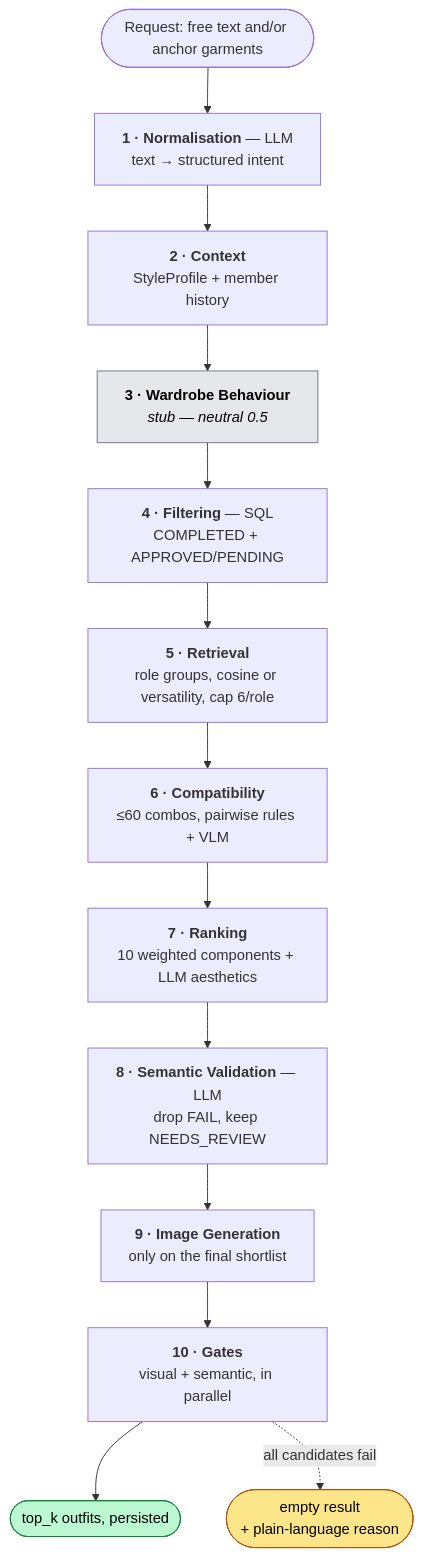
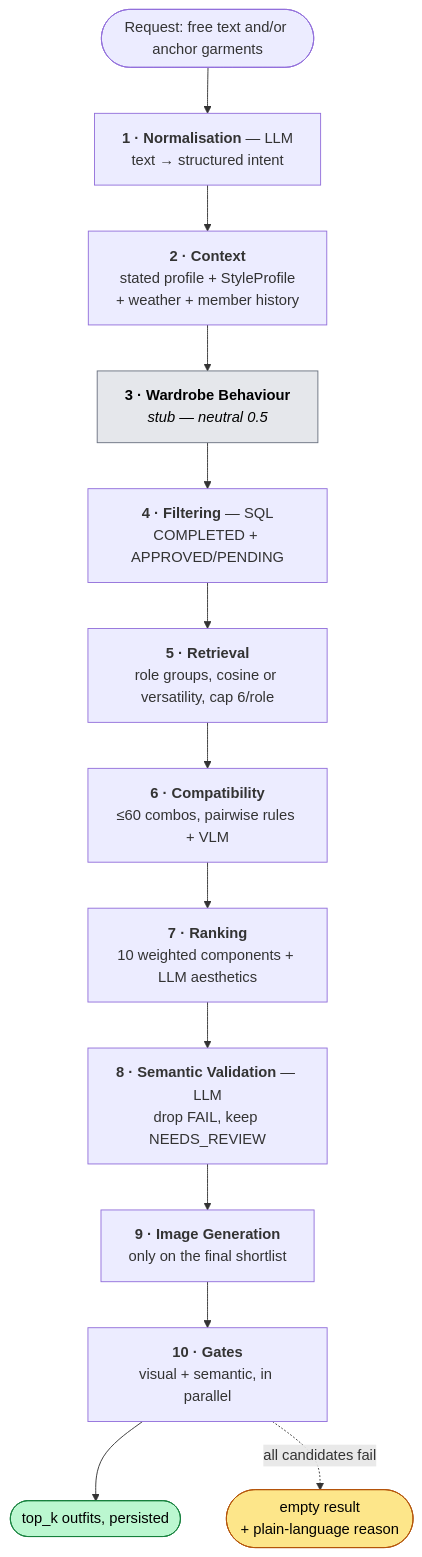
The fifth of 8 diagrams in docs/PIPELINES.md (ClosetTheory/Closet-theory-pipeline), drawn with Mermaid before and after one commit. The commit also changed other lines of this file and 20 other files, not shown here.

````diff
--- a/docs/PIPELINES.md
+++ b/docs/PIPELINES.md
@@ -419,23 +419,23 @@
 ```mermaid
 flowchart TD
     REQ([Request: free text and/or anchor garments]) --> S1
 
     S1["<b>1 · Normalisation</b> — LLM<br/>text → structured intent"]
-    S2["<b>2 · Context</b><br/>StyleProfile + member history"]
+    S2["<b>2 · Context</b><br/>stated profile + StyleProfile<br/>+ weather + member history"]
     S3["<b>3 · Wardrobe Behaviour</b><br/><i>stub — neutral 0.5</i>"]
     S4["<b>4 · Filtering</b> — SQL<br/>COMPLETED + APPROVED/PENDING"]
     S5["<b>5 · Retrieval</b><br/>role groups, cosine or versatility, cap 6/role"]
     S6["<b>6 · Compatibility</b><br/>≤60 combos, pairwise rules + VLM"]
     S7["<b>7 · Ranking</b><br/>10 weighted components + LLM aesthetics"]
     S8["<b>8 · Semantic Validation</b> — LLM<br/>drop FAIL, keep NEEDS_REVIEW"]
     S9["<b>9 · Image Generation</b><br/>only on the final shortlist"]
     S10["<b>10 · Gates</b><br/>visual + semantic, in parallel"]
 
     S1 --> S2 --> S3 --> S4 --> S5 --> S6 --> S7 --> S8 --> S9 --> S10
     S10 --> OUT([top_k outfits, persisted])
     S10 -. all candidates fail .-> NONE(["empty result<br/>+ plain-language reason"])
 
     style OUT fill:#bbf7d0,stroke:#15803d,color:#000
     style NONE fill:#fde68a,stroke:#b45309,color:#000
     style S3 fill:#e5e7eb,stroke:#6b7280,color:#000
 ```
````
